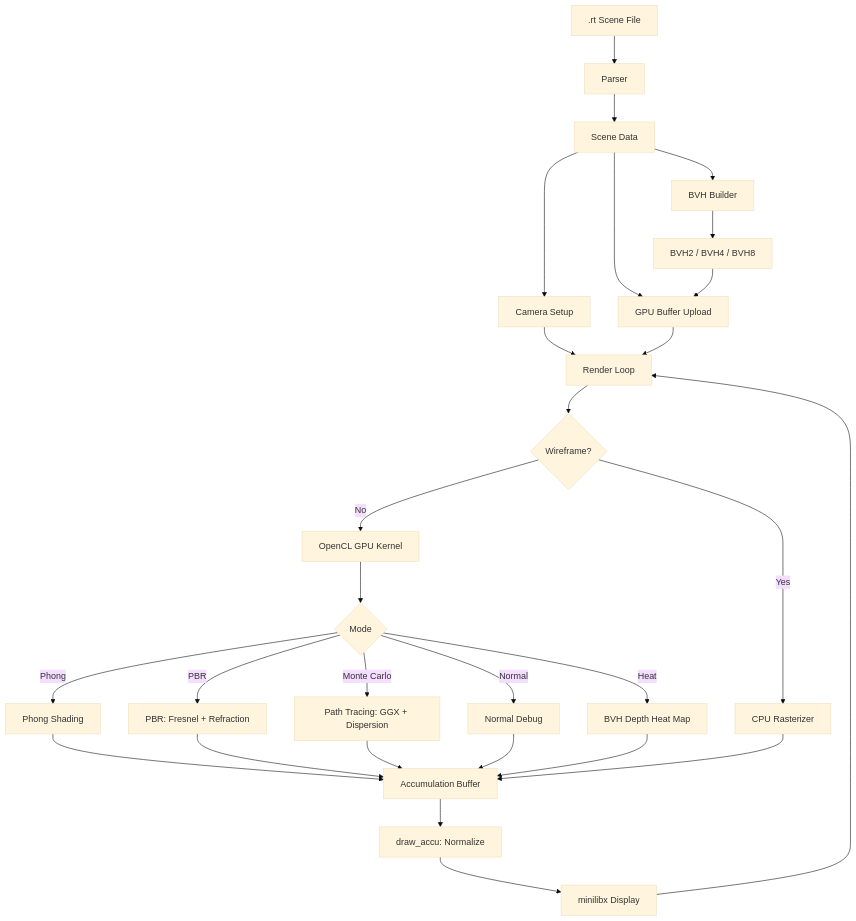
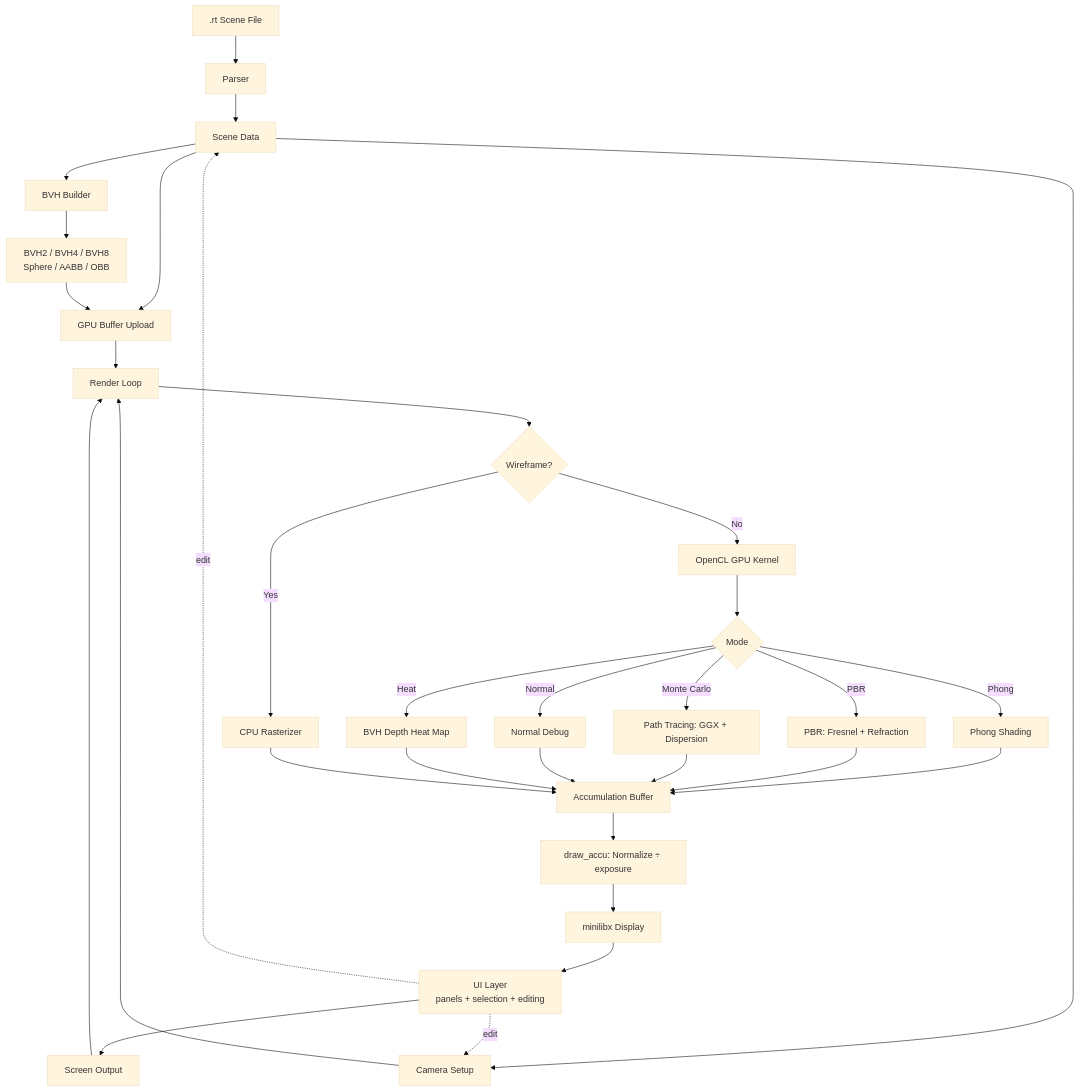
Before and after one commit to PabloBellissant/Minirt: the first of 2 diagrams in README.md, drawn with Mermaid (base theme). The commit also changed other lines of this file and 36 other files, not shown here.

````diff
--- a/README.md
+++ b/README.md
@@ -22,30 +22,34 @@
 ```mermaid
 flowchart TD
-    A[.rt Scene File] --> B[Parser]
-    B --> C[Scene Data]
-    C --> D[BVH Builder]
-    C --> E[Camera Setup]
-    C --> F[GPU Buffer Upload]
-    D --> G[BVH2 / BVH4 / BVH8]
+    A[".rt Scene File"] --> B["Parser"]
+    B --> C["Scene Data"]
+    C --> D["BVH Builder"]
+    C --> E["Camera Setup"]
+    C --> F["GPU Buffer Upload"]
+    D --> G["BVH2 / BVH4 / BVH8<br/>Sphere / AABB / OBB"]
     G --> F
-    E --> H[Render Loop]
+    E --> H["Render Loop"]
     F --> H
-    H --> I{Wireframe?}
-    I -- Yes --> J[CPU Rasterizer]
-    I -- No --> K[OpenCL GPU Kernel]
-    K --> L{Mode}
-    L -- Phong --> M[Phong Shading]
-    L -- PBR --> N[PBR: Fresnel + Refraction]
-    L -- Monte Carlo --> O[Path Tracing: GGX + Dispersion]
-    L -- Normal --> P[Normal Debug]
-    L -- Heat --> Q[BVH Depth Heat Map]
-    M --> R[Accumulation Buffer]
+    H --> I{"Wireframe?"}
+    I -- Yes --> J["CPU Rasterizer"]
+    I -- No --> K["OpenCL GPU Kernel"]
+    K --> L{"Mode"}
+    L -- Phong --> M["Phong Shading"]
+    L -- PBR --> N["PBR: Fresnel + Refraction"]
+    L -- Monte Carlo --> O["Path Tracing: GGX + Dispersion"]
+    L -- Normal --> P["Normal Debug"]
+    L -- Heat --> Q["BVH Depth Heat Map"]
+    M --> R["Accumulation Buffer"]
     N --> R
     O --> R
     P --> R
     Q --> R
     J --> R
-    R --> S[draw_accu: Normalize]
-    S --> T[minilibx Display]
-    T --> H
+    R --> S["draw_accu: Normalize ÷ exposure"]
+    S --> T["minilibx Display"]
+    T --> U["UI Layer<br/>panels + selection + editing"]
+    U --> V["Screen Output"]
+    U -.->|"edit"| C
+    U -.->|"edit"| E
+    V --> H
 ```
````
